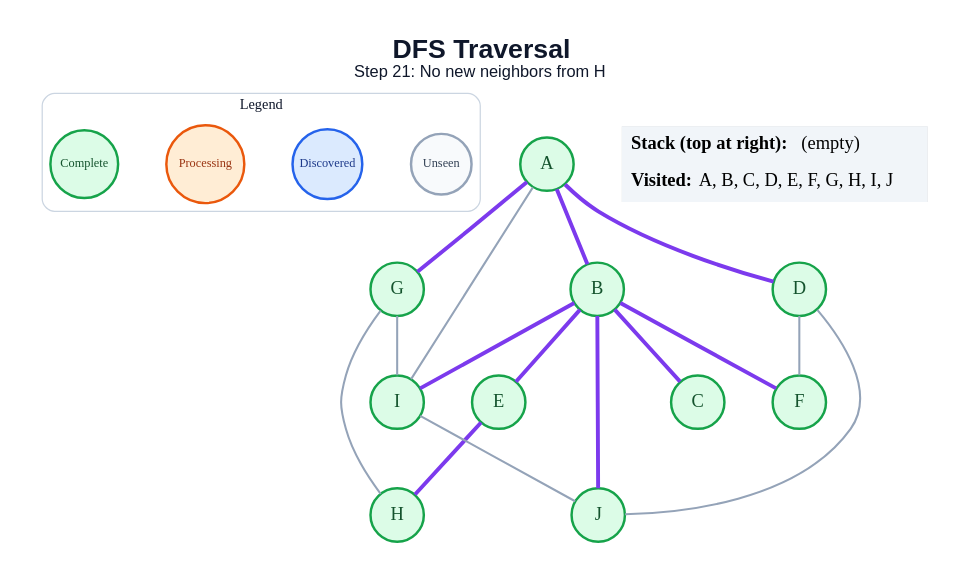
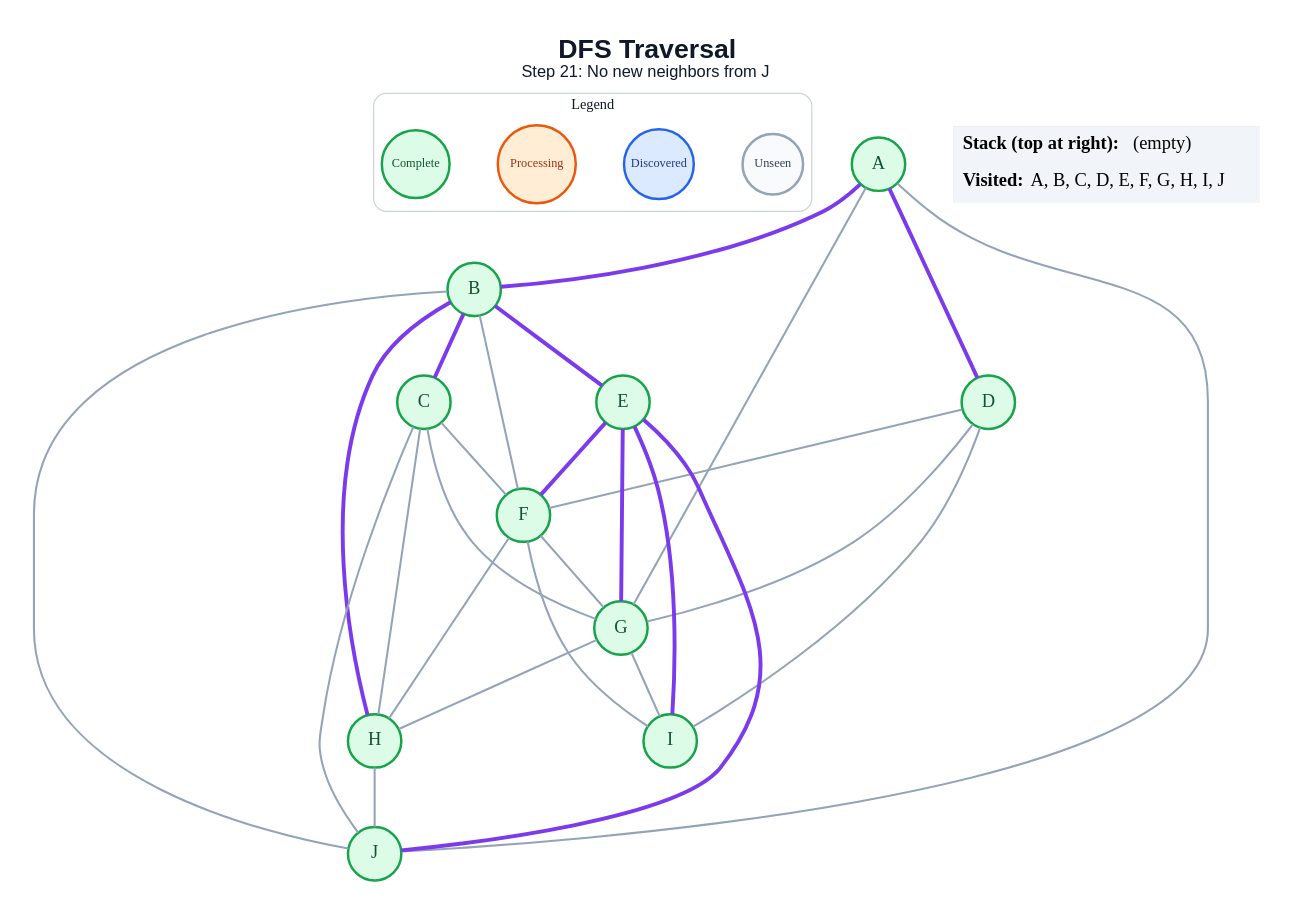
Before and after one commit to anon7238593-create/ai-slop: the diagram in generated/specific-node/dfs/step_21.dot, drawn with Graphviz. The commit also changed 171 other files, not shown here.

```diff
--- a/generated/specific-node/dfs/step_21.dot
+++ b/generated/specific-node/dfs/step_21.dot
@@ -1,44 +1,55 @@
 graph traversal {
   graph [layout=dot, rankdir=TB, bgcolor="#FFFFFF", pad="0.35", nodesep="0.65", ranksep="0.8", fontname="Arial"];
   node [shape=circle, style="filled", fontname="Arial Bold", fontsize=18, width=0.72, fixedsize=true, penwidth=2.4];
   edge [color="#94A3B8", penwidth=2.0];
-  label=<<B>DFS Traversal</B><BR/><FONT POINT-SIZE="16">Step 21: No new neighbors from H</FONT>>; labelloc="t"; fontsize=26; fontname="Arial"; fontcolor="#0F172A";
+  label=<<B>DFS Traversal</B><BR/><FONT POINT-SIZE="16">Step 21: No new neighbors from J</FONT>>; labelloc="t"; fontsize=26; fontname="Arial"; fontcolor="#0F172A";
   subgraph cluster_legend { label="Legend"; color="#CBD5E1"; penwidth=1.2; style="rounded"; fontsize=14; fontname="Arial Bold";
     key_unseen [label="Unseen", fillcolor="#F8FAFC", color="#94A3B8", fontcolor="#334155", fontsize=12, width=0.82];
     key_frontier [label="Discovered", fillcolor="#DBEAFE", color="#2563EB", fontcolor="#1E3A8A", fontsize=12, width=0.95];
     key_current [label="Processing", fillcolor="#FFEDD5", color="#EA580C", fontcolor="#9A3412", fontsize=12, width=1.05];
     key_done [label="Complete", fillcolor="#DCFCE7", color="#16A34A", fontcolor="#14532D", fontsize=12, width=0.92];
     { rank=same; key_unseen; key_frontier; key_current; key_done; }
   }
   A [fillcolor="#DCFCE7", color="#16A34A", fontcolor="#14532D"];
   B [fillcolor="#DCFCE7", color="#16A34A", fontcolor="#14532D"];
   C [fillcolor="#DCFCE7", color="#16A34A", fontcolor="#14532D"];
   D [fillcolor="#DCFCE7", color="#16A34A", fontcolor="#14532D"];
   E [fillcolor="#DCFCE7", color="#16A34A", fontcolor="#14532D"];
   F [fillcolor="#DCFCE7", color="#16A34A", fontcolor="#14532D"];
   G [fillcolor="#DCFCE7", color="#16A34A", fontcolor="#14532D"];
   H [fillcolor="#DCFCE7", color="#16A34A", fontcolor="#14532D"];
   I [fillcolor="#DCFCE7", color="#16A34A", fontcolor="#14532D"];
   J [fillcolor="#DCFCE7", color="#16A34A", fontcolor="#14532D"];
   A -- B [color="#7C3AED", penwidth=3.8];
   A -- D [color="#7C3AED", penwidth=3.8];
-  A -- G [color="#7C3AED", penwidth=3.8];
-  A -- I;
+  A -- G;
+  A -- J;
   B -- C [color="#7C3AED", penwidth=3.8];
   B -- E [color="#7C3AED", penwidth=3.8];
-  B -- F [color="#7C3AED", penwidth=3.8];
-  B -- I [color="#7C3AED", penwidth=3.8];
-  B -- J [color="#7C3AED", penwidth=3.8];
+  B -- F;
+  B -- H [color="#7C3AED", penwidth=3.8];
+  B -- J;
+  C -- F;
+  C -- G;
+  C -- H;
+  C -- J;
   D -- F;
-  D -- J;
-  E -- H [color="#7C3AED", penwidth=3.8];
+  D -- G;
+  D -- I;
+  E -- F [color="#7C3AED", penwidth=3.8];
+  E -- G [color="#7C3AED", penwidth=3.8];
+  E -- I [color="#7C3AED", penwidth=3.8];
+  E -- J [color="#7C3AED", penwidth=3.8];
+  F -- G;
+  F -- H;
+  F -- I;
   G -- H;
   G -- I;
-  I -- J;
+  H -- J;
   status [shape=plain, fixedsize=false, width=0, height=0, margin=0, label=<
     <TABLE BORDER="0" CELLBORDER="0" CELLPADDING="7" BGCOLOR="#F1F5F9">
       <TR><TD ALIGN="LEFT"><B>Stack (top at right):</B> (empty)</TD></TR>
       <TR><TD ALIGN="LEFT"><B>Visited:</B> A, B, C, D, E, F, G, H, I, J</TD></TR>
     </TABLE>
   >];
 }
```
